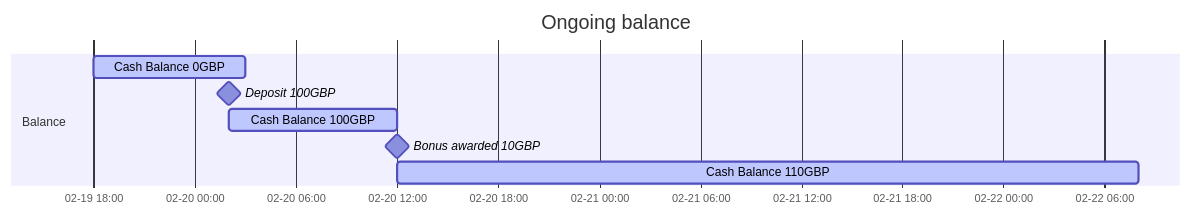
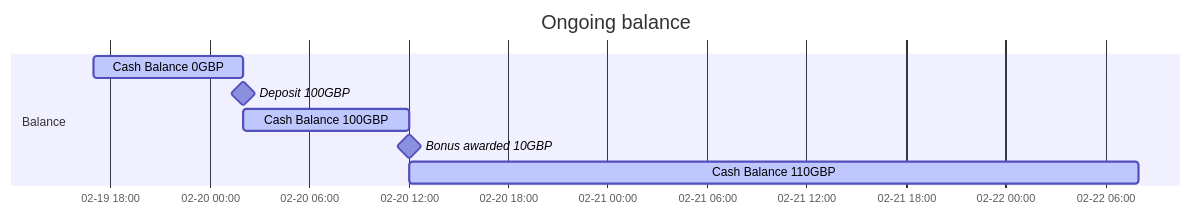
One commit to wealthkernel/api-documentation-guides changed the second of 2 diagrams in docs/balances/FAQs.md. Above: the diagram before and after it, drawn with Mermaid. The commit also changed other lines of this file, not shown here.

Commit message:
update diagram start time

````diff
--- a/docs/balances/FAQs.md
+++ b/docs/balances/FAQs.md
@@ -38,14 +38,14 @@
 ```mermaid
 gantt
 dateFormat  YYYY-MM-DD HH:mm
 axisFormat %m-%d %H:%M
 title Ongoing balance
 todayMarker off
 
     section Balance
-    Cash Balance 0GBP :active, bal1, 2024-02-19 18:00, 9h
+    Cash Balance 0GBP :active, bal1, 2024-02-19 17:00, 9h
     Deposit 100GBP :milestone, deposit, 2024-02-20 02:00, 0h
     Cash Balance 100GBP :active, val1, 2024-02-20 02:00, 10h
     Bonus awarded 10GBP :milestone, bon, 2024-02-20 12:00, 0h
     Cash Balance 110GBP :active, val1, 2024-02-20 12:00, 44h
 ```
````
